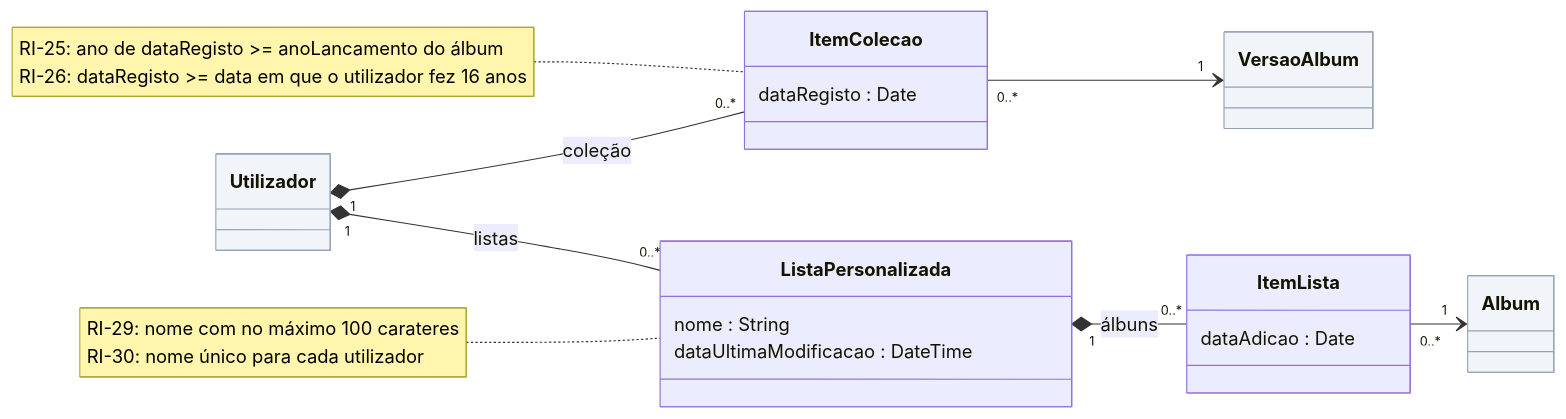
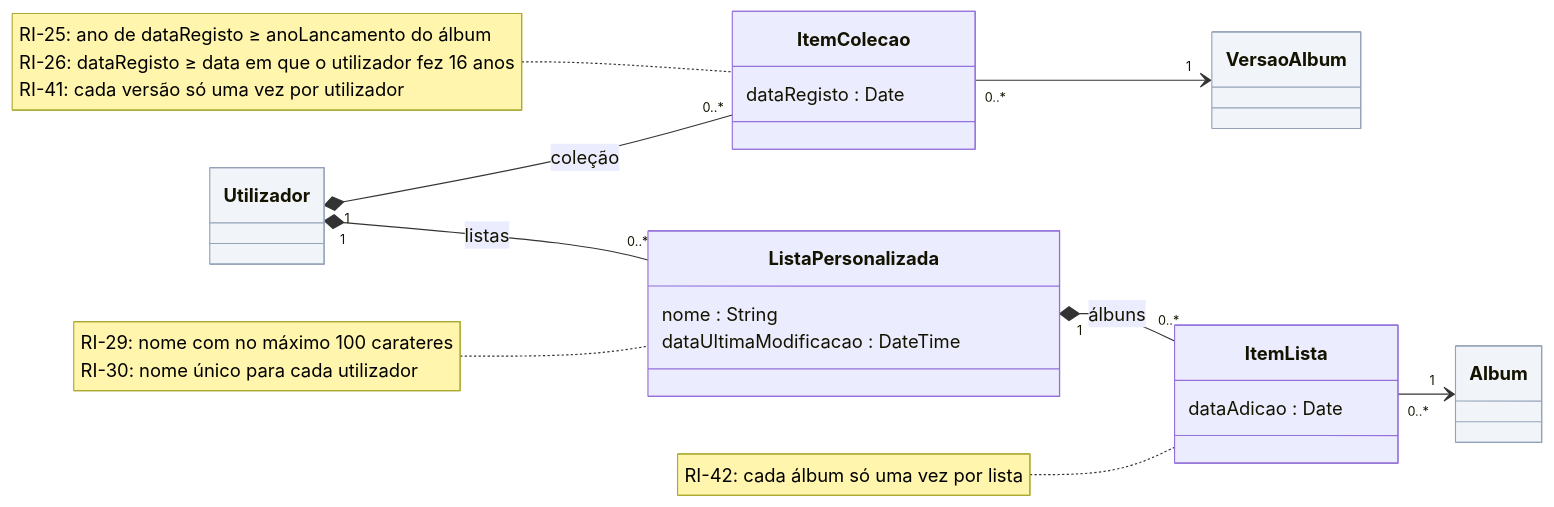
One commit to malat0o/PGP changed the fifth of 6 diagrams in etapa1/classes/modelo-classes.md. Above: the diagram before and after it, drawn with Mermaid. The commit also changed other lines of this file and 17 other files, not shown here.

Commit message:
Imagens dos diagramas, secção do relatório, serviços externos e restrições RI-31 a RI-47

````diff
--- a/etapa1/classes/modelo-classes.md
+++ b/etapa1/classes/modelo-classes.md
@@ -269,30 +271,31 @@
 ```mermaid
 classDiagram
   direction LR
   class Utilizador
   class VersaoAlbum
   class Album
   class ItemColecao {
     dataRegisto : Date
   }
   class ListaPersonalizada {
     nome : String
     dataUltimaModificacao : DateTime
   }
   class ItemLista {
     dataAdicao : Date
   }
 
   Utilizador "1" *-- "0..*" ItemColecao : coleção
   ItemColecao "0..*" --> "1" VersaoAlbum
   Utilizador "1" *-- "0..*" ListaPersonalizada : listas
   ListaPersonalizada "1" *-- "0..*" ItemLista : álbuns
   ItemLista "0..*" --> "1" Album
 
-  note for ItemColecao "RI-25: ano de dataRegisto >= anoLancamento do álbum<br>RI-26: dataRegisto >= data em que o utilizador fez 16 anos"
+  note for ItemColecao "RI-25: ano de dataRegisto ≥ anoLancamento do álbum<br>RI-26: dataRegisto ≥ data em que o utilizador fez 16 anos<br>RI-41: cada versão só uma vez por utilizador"
   note for ListaPersonalizada "RI-29: nome com no máximo 100 carateres<br>RI-30: nome único para cada utilizador"
+  note for ItemLista "RI-42: cada álbum só uma vez por lista"
 
   style Utilizador fill:#f1f5f9,stroke:#94a3b8
   style VersaoAlbum fill:#f1f5f9,stroke:#94a3b8
   style Album fill:#f1f5f9,stroke:#94a3b8
 ```
````
